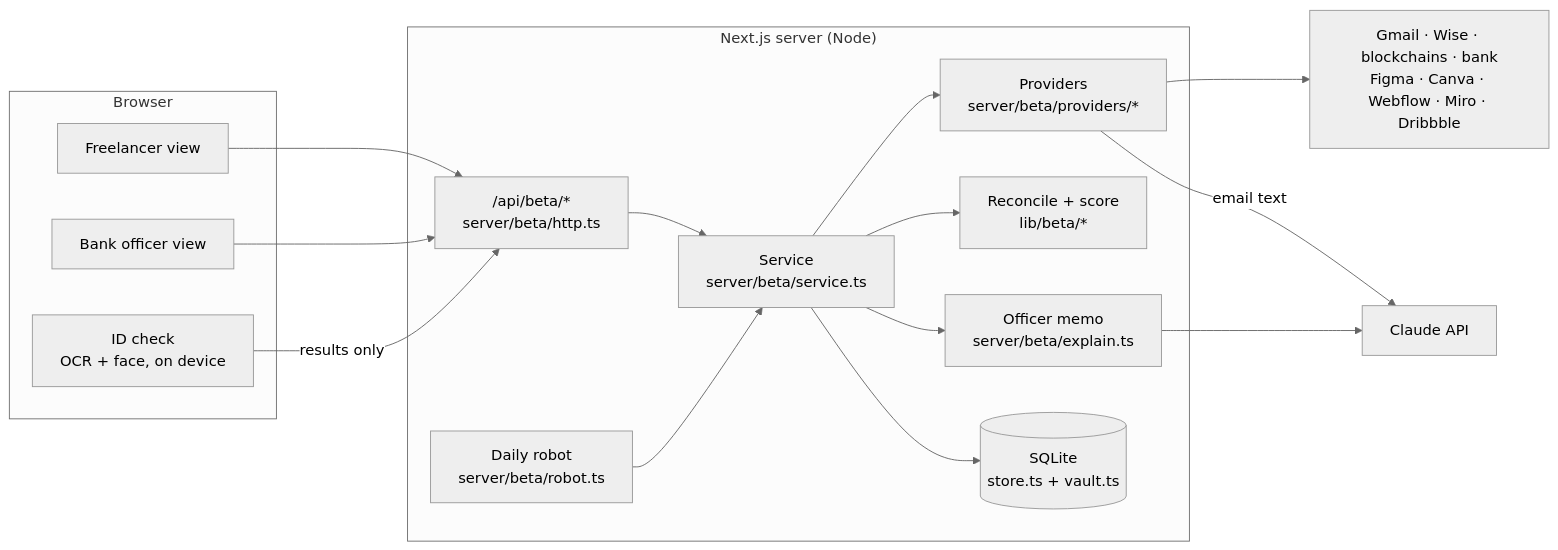
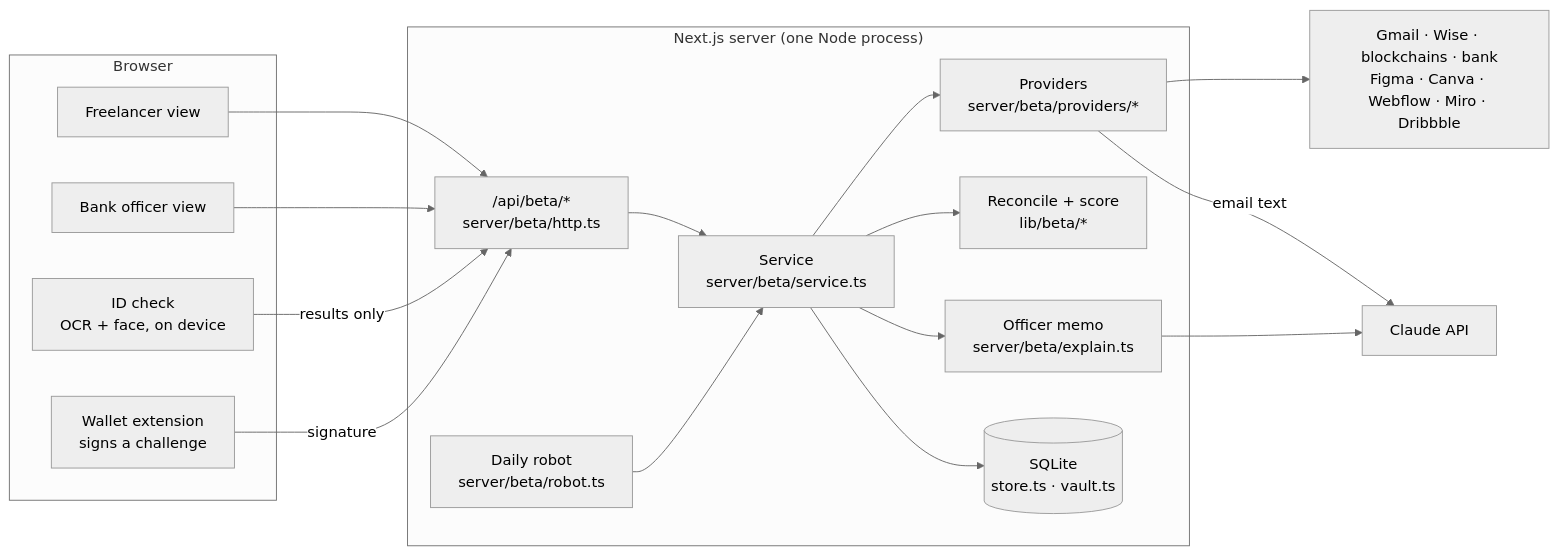
Before and after one commit to tetro3003/trustline: the first of 4 diagrams in docs/ARCHITECTURE.md, drawn with Mermaid (neutral theme). The commit also changed other lines of this file and 5 other files, not shown here.

First line of the commit message:
Docs: detailed architecture, scoring, API reference, security and privacy

````diff
--- a/docs/ARCHITECTURE.md
+++ b/docs/ARCHITECTURE.md
@@ -5,30 +9,32 @@
 ```mermaid
 flowchart LR
   subgraph Browser
     F[Freelancer view]
     L[Bank officer view]
     ID[ID check<br/>OCR + face, on device]
+    W[Wallet extension<br/>signs a challenge]
   end
-  subgraph Server["Next.js server (Node)"]
+  subgraph Server["Next.js server (one Node process)"]
     API["/api/beta/*<br/>server/beta/http.ts"]
     SVC["Service<br/>server/beta/service.ts"]
     P["Providers<br/>server/beta/providers/*"]
     REC["Reconcile + score<br/>lib/beta/*"]
     AI["Officer memo<br/>server/beta/explain.ts"]
     BOT["Daily robot<br/>server/beta/robot.ts"]
-    DB[("SQLite<br/>store.ts + vault.ts")]
+    DB[("SQLite<br/>store.ts · vault.ts")]
   end
   EXT["Gmail · Wise · blockchains · bank<br/>Figma · Canva · Webflow · Miro · Dribbble"]
   CL["Claude API"]
 
   F --> API
   L --> API
   ID -->|results only| API
+  W -->|signature| API
   API --> SVC
   SVC --> P --> EXT
   SVC --> REC
   SVC --> AI --> CL
   P -->|email text| CL
   SVC --> DB
   BOT --> SVC
 ```
````
